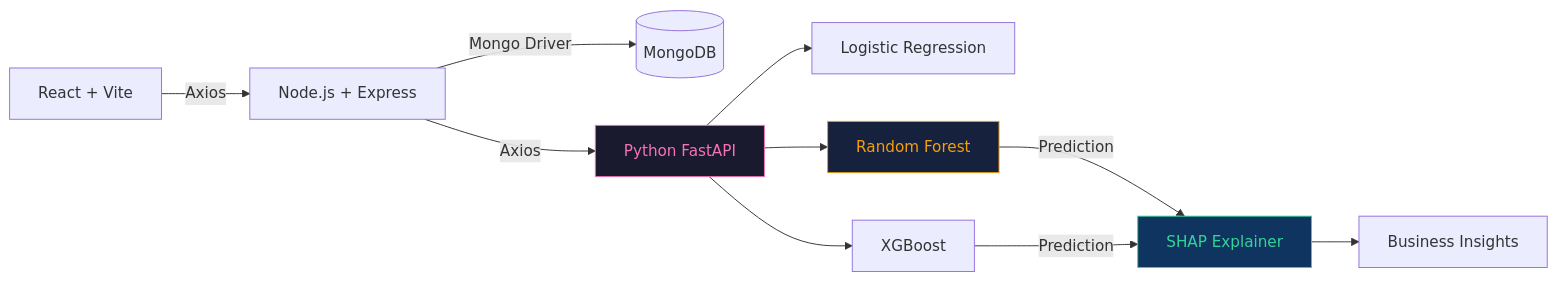
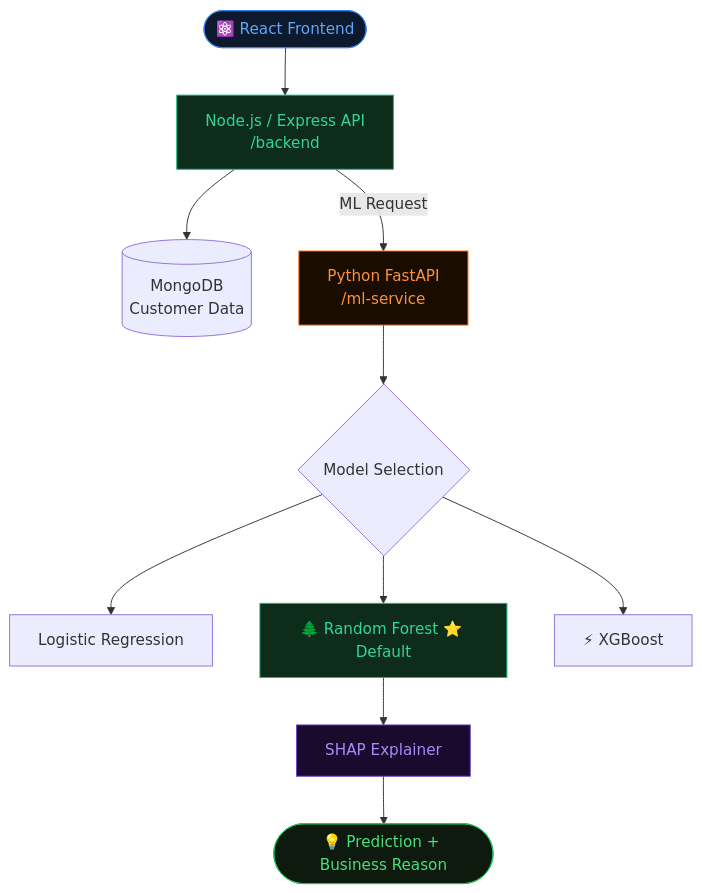
Before and after one commit to Piyush6046/Piyush6046: the fourth of 6 diagrams in README.md, drawn with Mermaid. The commit also changed other lines of this file, not shown here.

````diff
--- a/README.md
+++ b/README.md
@@ -201,16 +246,19 @@
 ```mermaid
-flowchart LR
-    A["React + Vite"] -->|Axios| B["Node.js + Express"]
-    B -->|Mongo Driver| C[("MongoDB")]
-    B -->|Axios| D["Python FastAPI"]
-    D --> E["Logistic Regression"]
-    D --> F["Random Forest"]
-    D --> G["XGBoost"]
-    F -->|Prediction| H["SHAP Explainer"]
-    G -->|Prediction| H
-    H --> I["Business Insights"]
+flowchart TD
+    A([⚛️ React Frontend]) --> B[Node.js / Express API\n/backend]
+    B --> C[(MongoDB\nCustomer Data)]
+    B -->|ML Request| D[Python FastAPI\n/ml-service]
+    D --> E{Model Selection}
+    E --> F[Logistic Regression]
+    E --> G[🌲 Random Forest ⭐ Default]
+    E --> H[⚡ XGBoost]
+    G --> I[SHAP Explainer]
+    I --> J([💡 Prediction + Business Reason])
 
-    style D fill:#1a1a2e,color:#f472b6,stroke:#f472b6
-    style F fill:#16213e,color:#f59e0b,stroke:#f59e0b
-    style H fill:#0f3460,color:#34d399,stroke:#34d399
+    style A fill:#0d1a2e,color:#60a5fa,stroke:#3b82f6
+    style B fill:#0d2d1a,color:#34d399,stroke:#10b981
+    style D fill:#1a0d00,color:#fb923c,stroke:#f97316
+    style G fill:#0d2d1a,color:#34d399,stroke:#10b981
+    style I fill:#1a0a2e,color:#a78bfa,stroke:#6e40c9
+    style J fill:#0d1a0d,color:#4ade80,stroke:#22c55e
 ```
````
